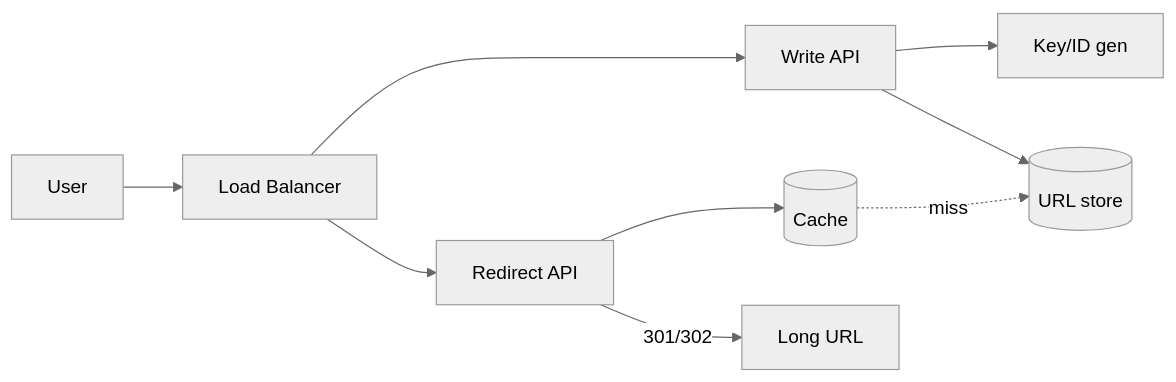
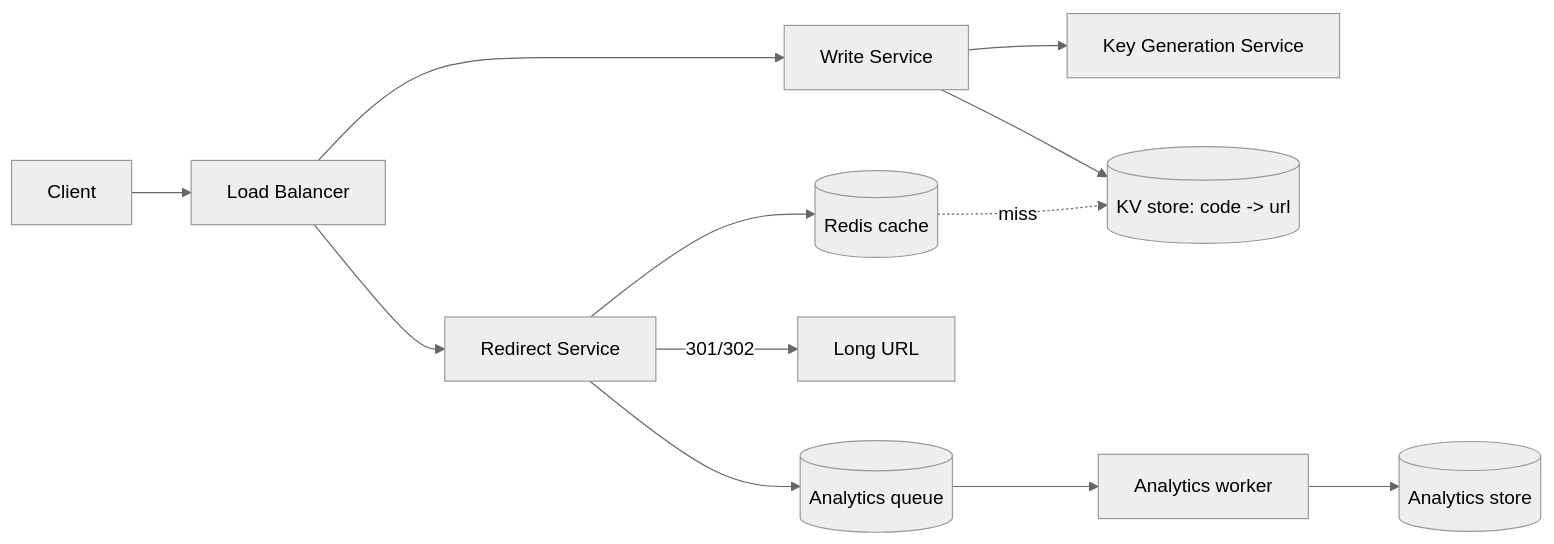
Before and after one commit to hiepgithub2001/swedocs: the diagram in system-design/2-case-studies/url-shortener.md, drawn with Mermaid (neutral theme). The commit also changed other lines of this file and 12 other files, not shown here.

Commit message:
Expand all 13 case studies with deeper detail (clarifying Qs, estimation math, schemas, more deep dives & diagrams)

````diff
--- a/system-design/2-case-studies/url-shortener.md
+++ b/system-design/2-case-studies/url-shortener.md
@@ -24,10 +38,12 @@
 ```mermaid
 flowchart LR
-    U[User] --> LB[Load Balancer]
-    LB --> W[Write API] --> KGS[Key/ID gen]
-    W --> DB[(URL store)]
-    LB --> R[Redirect API]
-    R --> Cache[(Cache)]
+    U[Client] --> LB[Load Balancer]
+    LB --> WAPI[Write Service]
+    LB --> RAPI[Redirect Service]
+    WAPI --> KGS[Key Generation Service]
+    WAPI --> DB[(KV store: code -> url)]
+    RAPI --> Cache[(Redis cache)]
     Cache -. miss .-> DB
-    R -->|301/302| Origin[Long URL]
+    RAPI -->|301/302| Origin[Long URL]
+    RAPI --> AQ[(Analytics queue)] --> AW[Analytics worker] --> ADB[(Analytics store)]
 ```
````
